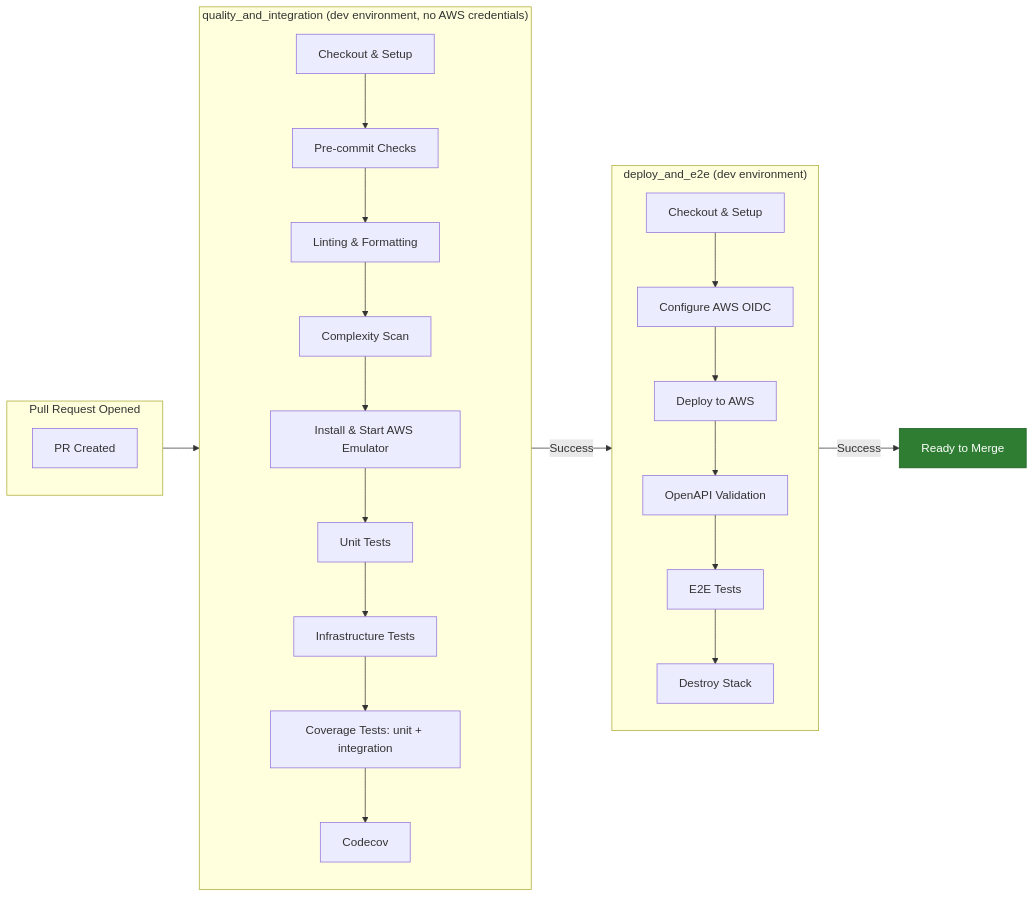
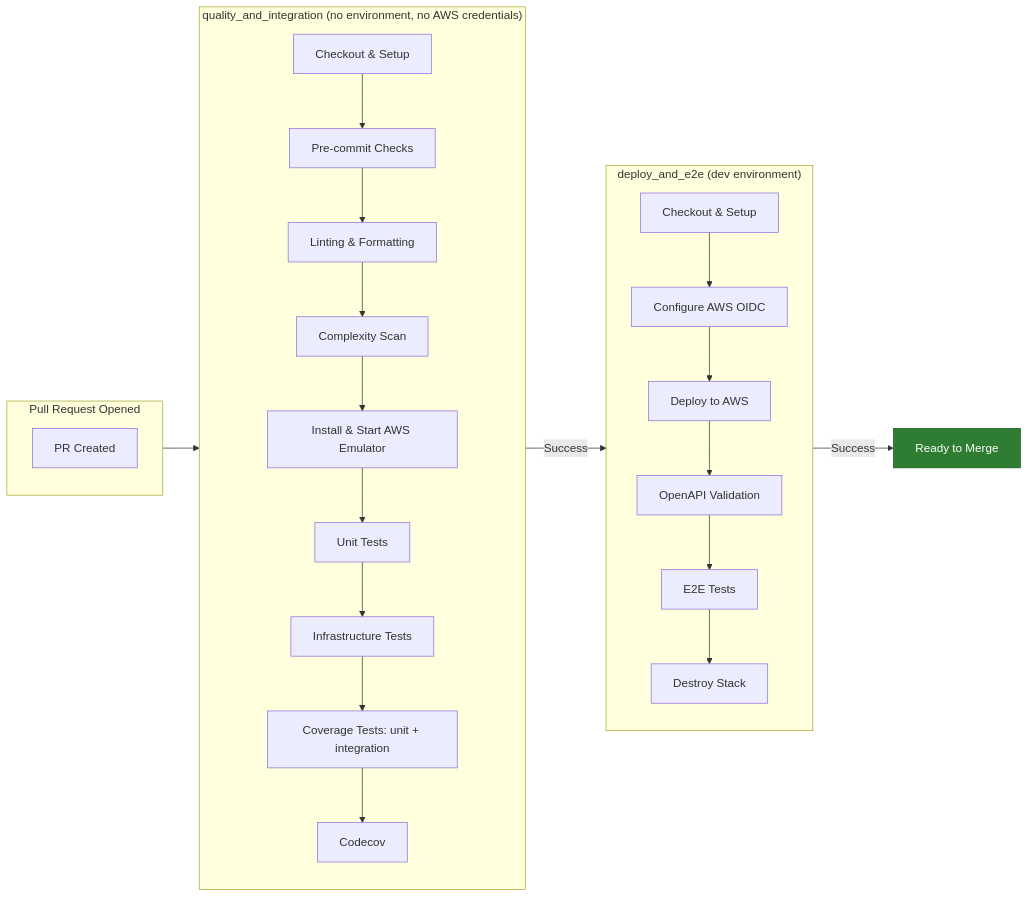
The first of 2 diagrams in docs/pipeline.md (ran-isenberg/aws-lambda-handler-cookbook), drawn with Mermaid before and after one commit. The commit also changed other lines of this file and 2 other files, not shown here.

First line of the commit message:
fix: run quality checks and tests without an environment approval

````diff
--- a/docs/pipeline.md
+++ b/docs/pipeline.md
@@ -56,35 +61,35 @@
 ```mermaid
 flowchart LR
     subgraph PR["Pull Request Opened"]
         direction TB
         A[PR Created]
     end
 
-    subgraph Integration["quality_and_integration (dev environment, no AWS credentials)"]
+    subgraph Integration["quality_and_integration (no environment, no AWS credentials)"]
         direction TB
         I0[Checkout & Setup] --> Q1[Pre-commit Checks]
         Q1 --> Q2[Linting & Formatting]
         Q2 --> Q3[Complexity Scan]
         Q3 --> I2[Install & Start AWS Emulator]
         I2 --> I3[Unit Tests]
         I3 --> I4[Infrastructure Tests]
         I4 --> I5[Coverage Tests: unit + integration]
         I5 --> I6[Codecov]
     end
 
     subgraph Tests["deploy_and_e2e (dev environment)"]
         direction TB
         C1[Checkout & Setup] --> C2[Configure AWS OIDC]
         C2 --> C3[Deploy to AWS]
         C3 --> C4[OpenAPI Validation]
         C4 --> C5[E2E Tests]
         C5 --> C6[Destroy Stack]
     end
 
     PR --> Integration
     Integration -->|Success| Tests
     Tests -->|Success| D[Ready to Merge]
 
     classDef success fill:#2E7D32,stroke:#1B5E20,color:#fff
     class D success
 ```
````
